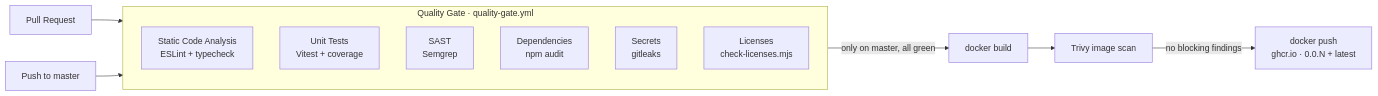
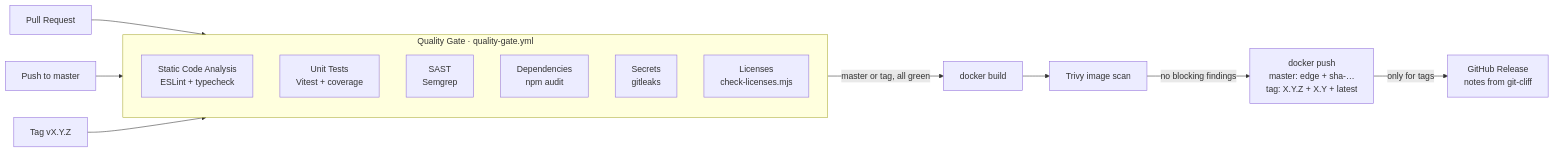
Before and after one commit to DavidNesterovic/HelfenNeuGedachtFrontend: the diagram in docs/pipeline.md, drawn with Mermaid. The commit also changed other lines of this file and 7 other files, not shown here.

First line of the commit message:
ci: add tag-based releases with generated release notes

````diff
--- a/docs/pipeline.md
+++ b/docs/pipeline.md
@@ -7,17 +7,19 @@
 ```mermaid
 flowchart LR
     PR[Pull Request] --> QG
     Push[Push to master] --> QG
+    Tag[Tag vX.Y.Z] --> QG
     subgraph QG[Quality Gate · quality-gate.yml]
         direction TB
         A[Static Code Analysis<br/>ESLint + typecheck]
         T[Unit Tests<br/>Vitest + coverage]
         B[SAST<br/>Semgrep]
         C[Dependencies<br/>npm audit]
         D[Secrets<br/>gitleaks]
         E[Licenses<br/>check-licenses.mjs]
     end
-    QG -->|only on master, all green| Build[docker build]
+    QG -->|master or tag, all green| Build[docker build]
     Build --> Scan[Trivy image scan]
-    Scan -->|no blocking findings| Ship[docker push<br/>ghcr.io · 0.0.N + latest]
+    Scan -->|no blocking findings| Ship[docker push<br/>master: edge + sha-…<br/>tag: X.Y.Z + X.Y + latest]
+    Ship -->|only for tags| Release[GitHub Release<br/>notes from git-cliff]
 ```
````
